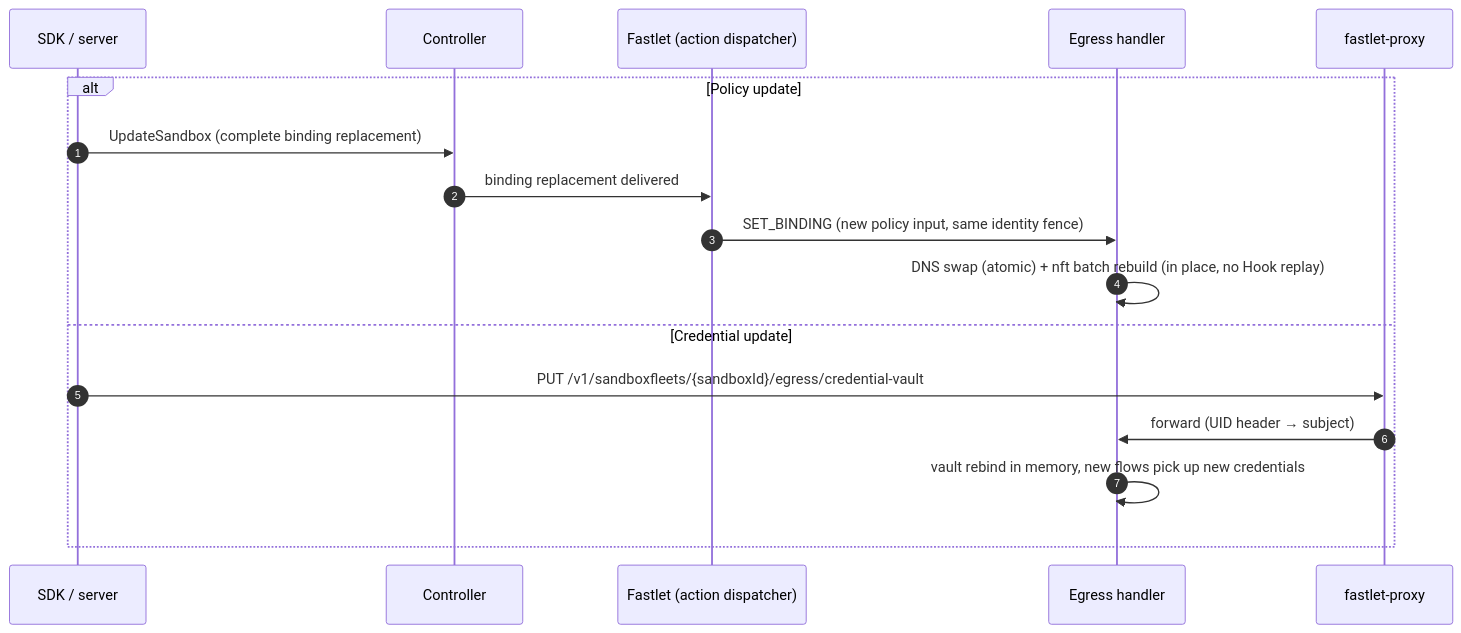
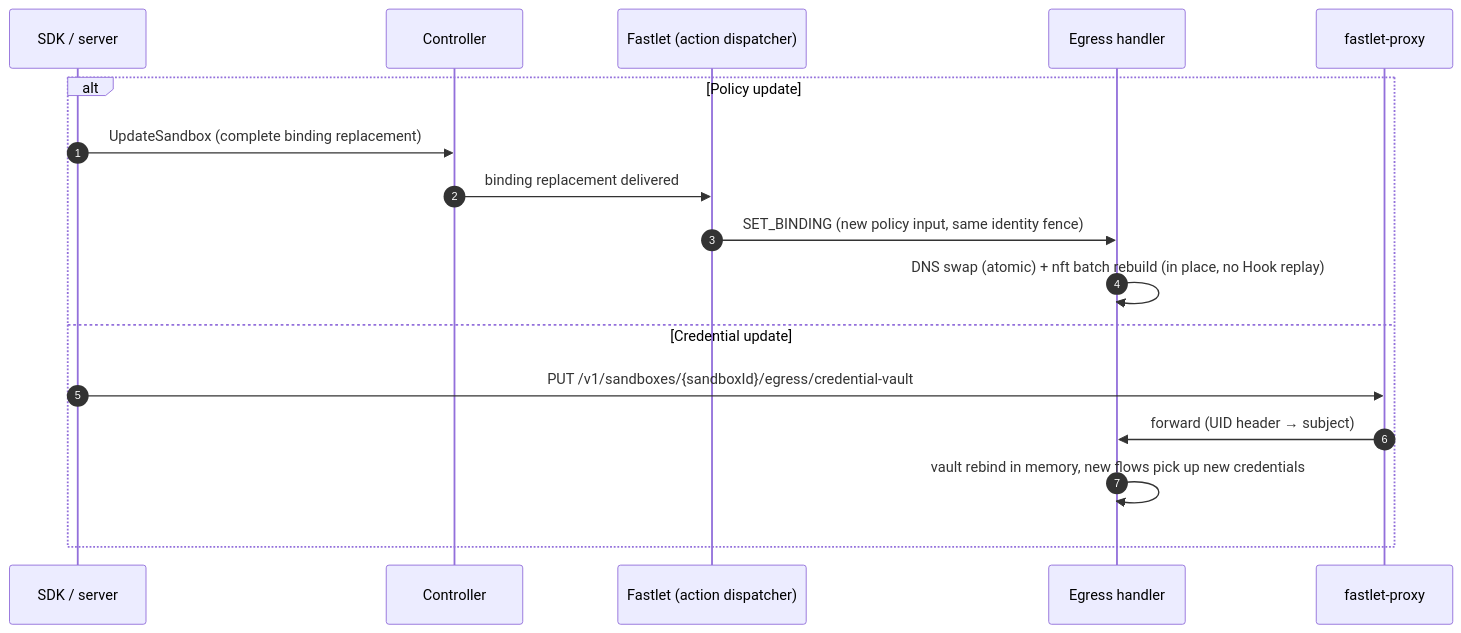
The second of 2 diagrams in oseps/0022-multi-sandbox-egress-control-plane.md (Pangjiping/OpenSandbox), drawn with Mermaid before and after one commit. The commit also changed other lines of this file and 101 other files, not shown here.

````diff
--- a/oseps/0022-multi-sandbox-egress-control-plane.md
+++ b/oseps/0022-multi-sandbox-egress-control-plane.md
@@ -160,20 +160,20 @@
 ```mermaid
 sequenceDiagram
     autonumber
     participant U as SDK / server
     participant C as Controller
     participant F as Fastlet (action dispatcher)
     participant E as Egress handler
     participant P as fastlet-proxy
 
     alt Policy update
         U->>C: UpdateSandbox (complete binding replacement)
         C->>F: binding replacement delivered
         F->>E: SET_BINDING (new policy input, same identity fence)
         E->>E: DNS swap (atomic) + nft batch rebuild (in place, no Hook replay)
     else Credential update
-        U->>P: PUT /v1/sandboxfleets/{sandboxId}/egress/credential-vault
+        U->>P: PUT /v1/sandboxes/{sandboxId}/egress/credential-vault
         P->>E: forward (UID header → subject)
         E->>E: vault rebind in memory, new flows pick up new credentials
     end
 ```
````
